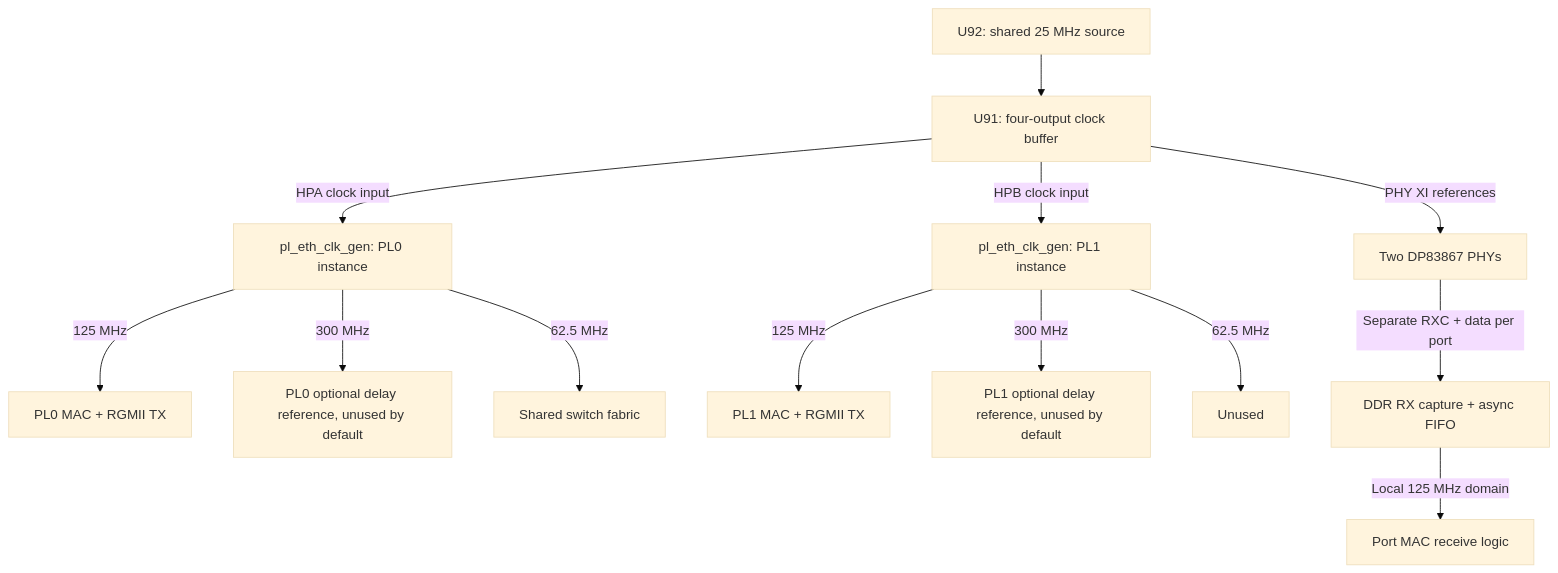
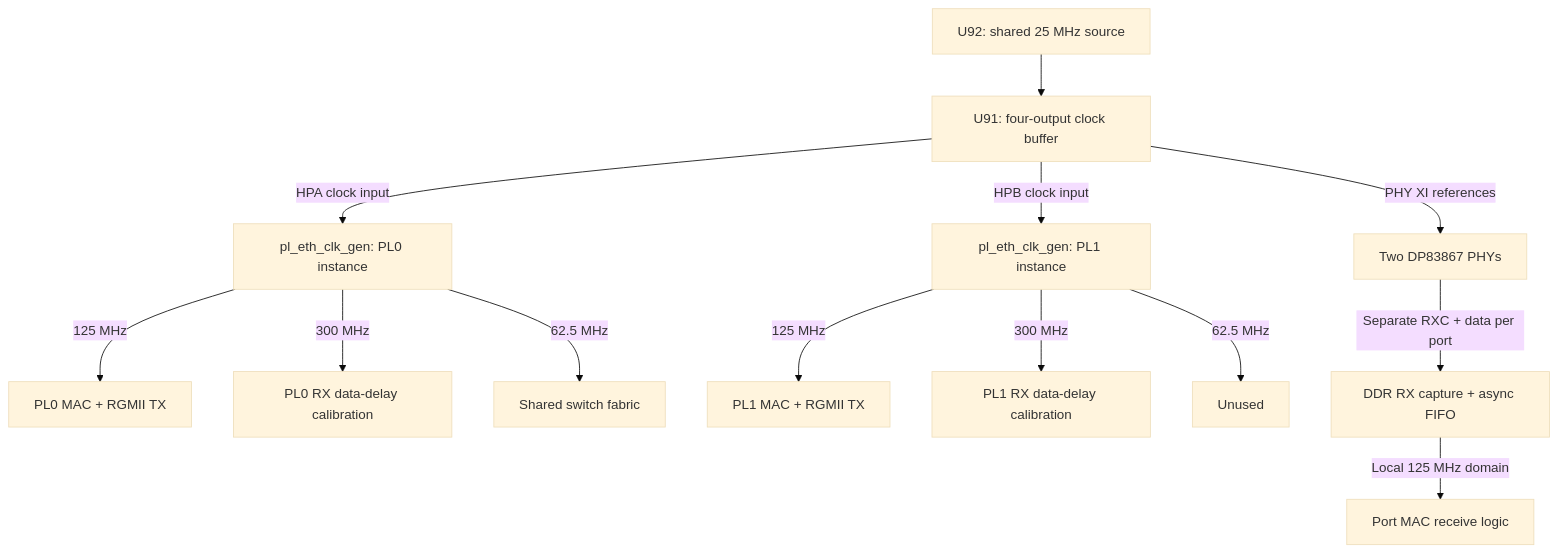
The diagram in docs/board-integration.md (GhlHub/open_ethernet_switch), drawn with Mermaid (base theme) before and after one commit. The commit also changed other lines of this file and 40 other files, not shown here.

````diff
--- a/docs/board-integration.md
+++ b/docs/board-integration.md
@@ -59,15 +58,15 @@
 ```mermaid
 flowchart TB
     OSC["U92: shared 25 MHz source"] --> BUF["U91: four-output clock buffer"]
     BUF -->|HPA clock input| C0["pl_eth_clk_gen: PL0 instance"]
     BUF -->|HPB clock input| C1["pl_eth_clk_gen: PL1 instance"]
     BUF -->|PHY XI references| PHY["Two DP83867 PHYs"]
     C0 -->|125 MHz| P0["PL0 MAC + RGMII TX"]
     C1 -->|125 MHz| P1["PL1 MAC + RGMII TX"]
-    C0 -->|300 MHz| D0["PL0 optional delay reference, unused by default"]
-    C1 -->|300 MHz| D1["PL1 optional delay reference, unused by default"]
+    C0 -->|300 MHz| D0["PL0 RX data-delay calibration"]
+    C1 -->|300 MHz| D1["PL1 RX data-delay calibration"]
     C0 -->|62.5 MHz| FAB["Shared switch fabric"]
     C1 -->|62.5 MHz| UNUSED["Unused"]
     PHY -->|Separate RXC + data per port| RX["DDR RX capture + async FIFO"]
     RX -->|Local 125 MHz domain| MAC["Port MAC receive logic"]
 ```
````
